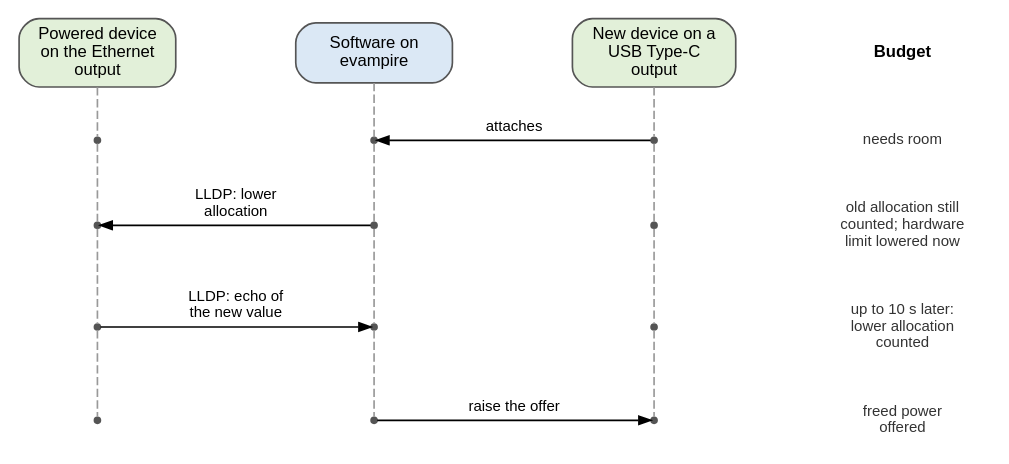
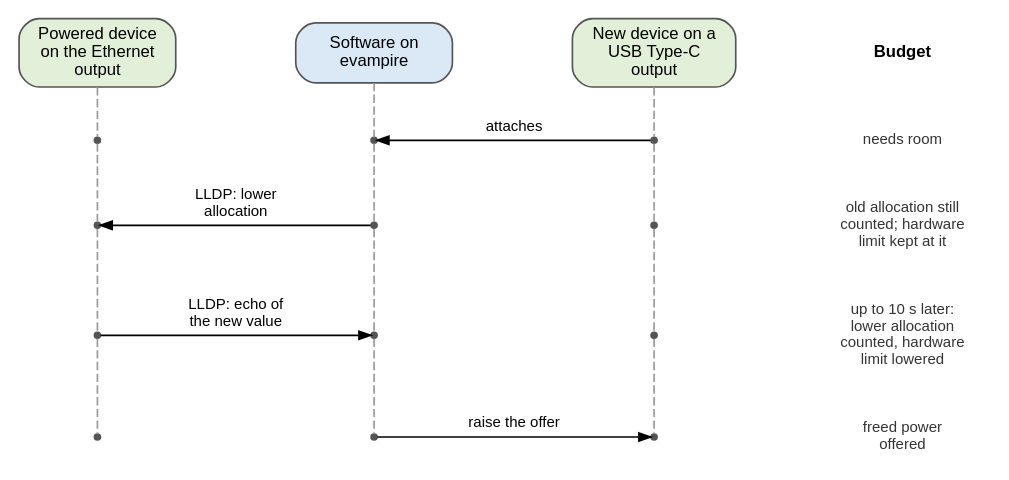
Before and after one commit to mithro/evampire: the diagram in docs/power/poe/sharing-move.dot, drawn with Graphviz. The commit also changed 3 other files, not shown here.

First line of the commit message:
Answer upstream within 10 s and keep the old allocation until the PD answers

```diff
--- a/docs/power/poe/sharing-move.dot
+++ b/docs/power/poe/sharing-move.dot
@@ -1,51 +1,51 @@
 // Moving power to a newly attached device by lowering another output
 // first. Time runs from top to bottom; not to scale. From sharing.rst
 // (IEEE 802.3 145.5.2).
 //
 // SPDX-License-Identifier: Apache-2.0
 
 digraph sharing_move {
     graph [rankdir=TB, fontname="Helvetica", fontsize=11, nodesep=0.5,
            ranksep=0.3, newrank=true, splines=false];
     node  [shape=point, width=0.05, color="#555555", fontname="Helvetica",
            fontsize=10];
     edge  [fontname="Helvetica", fontsize=9, arrowsize=0.7];
 
     p [shape=box, style="rounded,filled", fillcolor="#e2f0d9",
        label="Powered device\non the Ethernet\noutput", width=1.3];
     s [shape=box, style="rounded,filled", fillcolor="#dbe8f5",
        label="Software on\nevampire", width=1.3];
     u [shape=box, style="rounded,filled", fillcolor="#e2f0d9",
        label="New device on a\nUSB Type-C\noutput", width=1.3];
     nh [shape=plaintext, label="Budget", fontsize=10,
         fontname="Helvetica-Bold"];
 
     p1; p2; p3; p4;
     s1; s2; s3; s4;
     u1; u2; u3; u4;
 
     node [shape=plaintext, width=0, height=0, fontsize=9, fontcolor="#333333"];
     n1 [label="needs room"];
-    n2 [label="old allocation still\ncounted; hardware\nlimit lowered now"];
-    n3 [label="up to 10 s later:\nlower allocation\ncounted"];
+    n2 [label="old allocation still\ncounted; hardware\nlimit kept at it"];
+    n3 [label="up to 10 s later:\nlower allocation\ncounted, hardware\nlimit lowered"];
     n4 [label="freed power\noffered"];
 
     { rank=same; p; s; u; nh; }
     p -> s -> u -> nh [style=invis];
     { rank=same; p1; s1; u1; n1; }
     { rank=same; p2; s2; u2; n2; }
     { rank=same; p3; s3; u3; n3; }
     { rank=same; p4; s4; u4; n4; }
 
     edge [arrowhead=none, style=dashed, color="#999999", weight=100];
     p -> p1 -> p2 -> p3 -> p4;
     s -> s1 -> s2 -> s3 -> s4;
     u -> u1 -> u2 -> u3 -> u4;
     nh -> n1 -> n2 -> n3 -> n4 [style=invis];
 
     edge [arrowhead=normal, style=solid, color="#000000", weight=0];
     u1 -> s1 [label="attaches"];
     s2 -> p2 [label="LLDP: lower\nallocation"];
     p3 -> s3 [label="LLDP: echo of\nthe new value"];
     s4 -> u4 [label="raise the offer"];
 }
```
